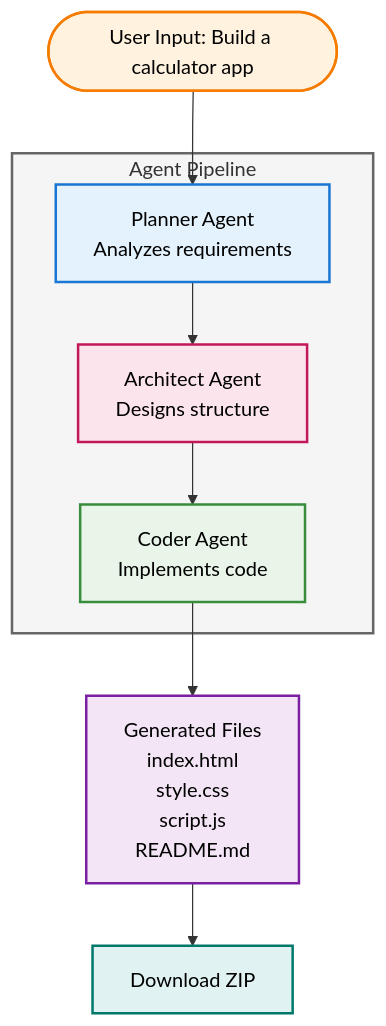
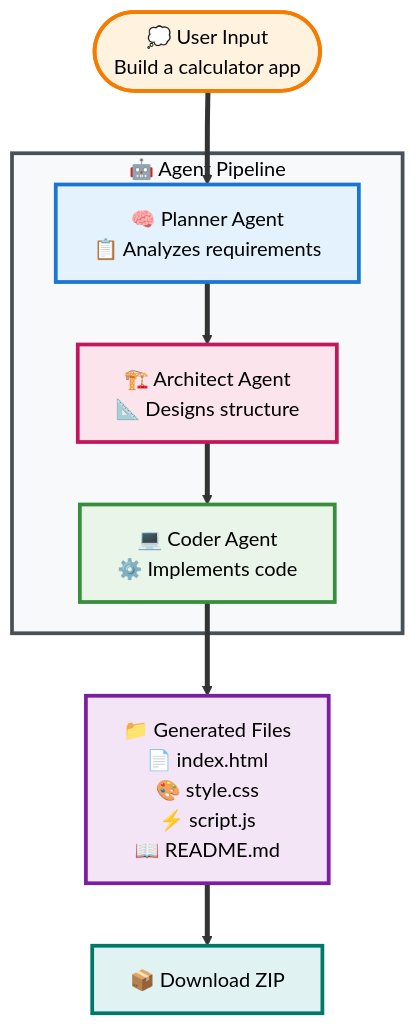
One commit to KshitizCodeHub/Architect_AI changed the diagram in README.md. Above: the diagram before and after it, drawn with Mermaid. The commit also changed other lines of this file, not shown here.

````diff
--- a/README.md
+++ b/README.md
@@ -16,21 +18,27 @@
 ```mermaid
 flowchart TD
-    Start([User Input: Build a calculator app]) --> Planner
+    Start(["💭 User Input<br/>Build a calculator app"]) --> Planner
     
-    subgraph Pipeline [Agent Pipeline]
-        Planner[Planner Agent<br/>Analyzes requirements] --> Architect
-        Architect[Architect Agent<br/>Designs structure] --> Coder
-        Coder[Coder Agent<br/>Implements code]
+    subgraph Pipeline ["🤖 Agent Pipeline"]
+        Planner["🧠 Planner Agent<br/>📋 Analyzes requirements"] --> Architect
+        Architect["🏗️ Architect Agent<br/>📐 Designs structure"] --> Coder
+        Coder["💻 Coder Agent<br/>⚙️ Implements code"]
     end
     
-    Coder --> Files[Generated Files<br/>index.html<br/>style.css<br/>script.js<br/>README.md]
-    Files --> Download[Download ZIP]
+    Coder --> Files["📁 Generated Files<br/>📄 index.html<br/>🎨 style.css<br/>⚡ script.js<br/>📖 README.md"]
+    Files --> Download["📦 Download ZIP"]
     
-    style Planner fill:#e3f2fd,stroke:#1976d2,stroke-width:2px,color:#000
-    style Architect fill:#fce4ec,stroke:#c2185b,stroke-width:2px,color:#000
-    style Coder fill:#e8f5e8,stroke:#388e3c,stroke-width:2px,color:#000
-    style Pipeline fill:#f5f5f5,stroke:#666,stroke-width:2px
-    style Start fill:#fff3e0,stroke:#f57c00,stroke-width:2px,color:#000
-    style Files fill:#f3e5f5,stroke:#7b1fa2,stroke-width:2px,color:#000
-    style Download fill:#e0f2f1,stroke:#00796b,stroke-width:2px,color:#000
+    style Planner fill:#e3f2fd,stroke:#1976d2,stroke-width:3px,color:#000
+    style Architect fill:#fce4ec,stroke:#c2185b,stroke-width:3px,color:#000
+    style Coder fill:#e8f5e8,stroke:#388e3c,stroke-width:3px,color:#000
+    style Pipeline fill:#f8f9fa,stroke:#495057,stroke-width:3px,color:#000
+    style Start fill:#fff3e0,stroke:#f57c00,stroke-width:3px,color:#000
+    style Files fill:#f3e5f5,stroke:#7b1fa2,stroke-width:3px,color:#000
+    style Download fill:#e0f2f1,stroke:#00796b,stroke-width:3px,color:#000
+    
+    linkStyle 0 stroke:#333,stroke-width:4px
+    linkStyle 1 stroke:#333,stroke-width:4px
+    linkStyle 2 stroke:#333,stroke-width:4px
+    linkStyle 3 stroke:#333,stroke-width:4px
+    linkStyle 4 stroke:#333,stroke-width:4px
 ```
````
